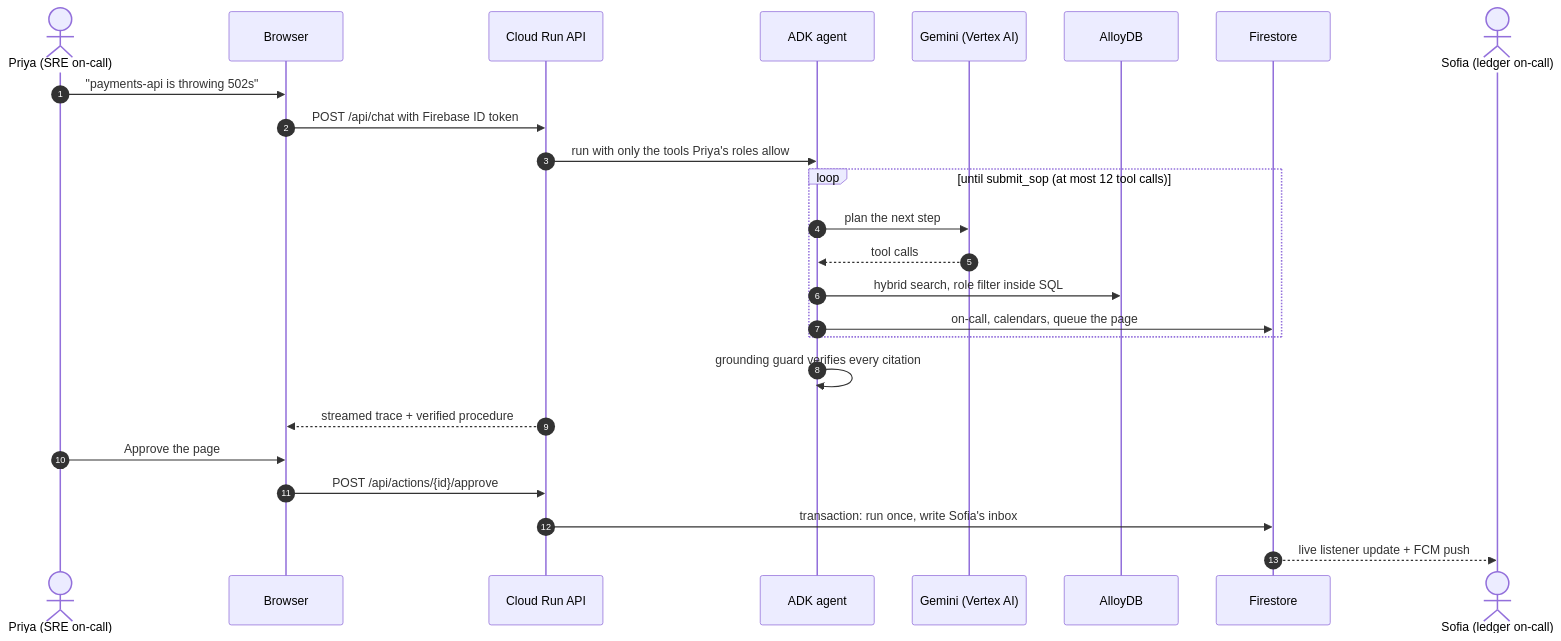
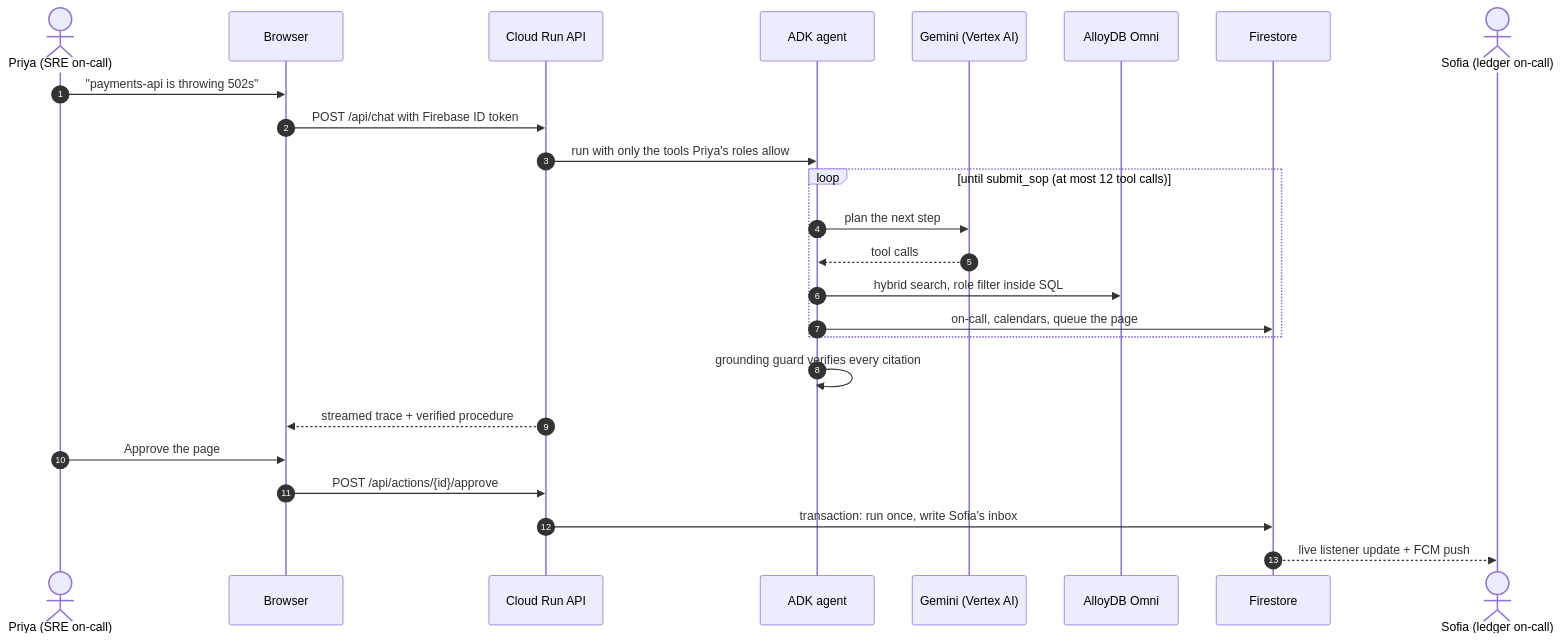
The second of 2 diagrams in README.md (naveenam-dev/AIBuilderCupRepo), drawn with Mermaid before and after one commit. The commit also changed other lines of this file and 11 other files, not shown here.

First line of the commit message:
Move the knowledge store to AlloyDB Omni on a Compute Engine VM

````diff
--- a/README.md
+++ b/README.md
@@ -64,28 +64,28 @@
 ```mermaid
 sequenceDiagram
     autonumber
     actor P as Priya (SRE on-call)
     participant UI as Browser
     participant API as Cloud Run API
     participant A as ADK agent
     participant G as Gemini (Vertex AI)
-    participant DB as AlloyDB
+    participant DB as AlloyDB Omni
     participant FS as Firestore
     actor S as Sofia (ledger on-call)
 
     P->>UI: "payments-api is throwing 502s"
     UI->>API: POST /api/chat with Firebase ID token
     API->>A: run with only the tools Priya's roles allow
     loop until submit_sop (at most 12 tool calls)
         A->>G: plan the next step
         G-->>A: tool calls
         A->>DB: hybrid search, role filter inside SQL
         A->>FS: on-call, calendars, queue the page
     end
     A->>A: grounding guard verifies every citation
     API-->>UI: streamed trace + verified procedure
     P->>UI: Approve the page
     UI->>API: POST /api/actions/{id}/approve
     API->>FS: transaction: run once, write Sofia's inbox
     FS-->>S: live listener update + FCM push
 ```
````
